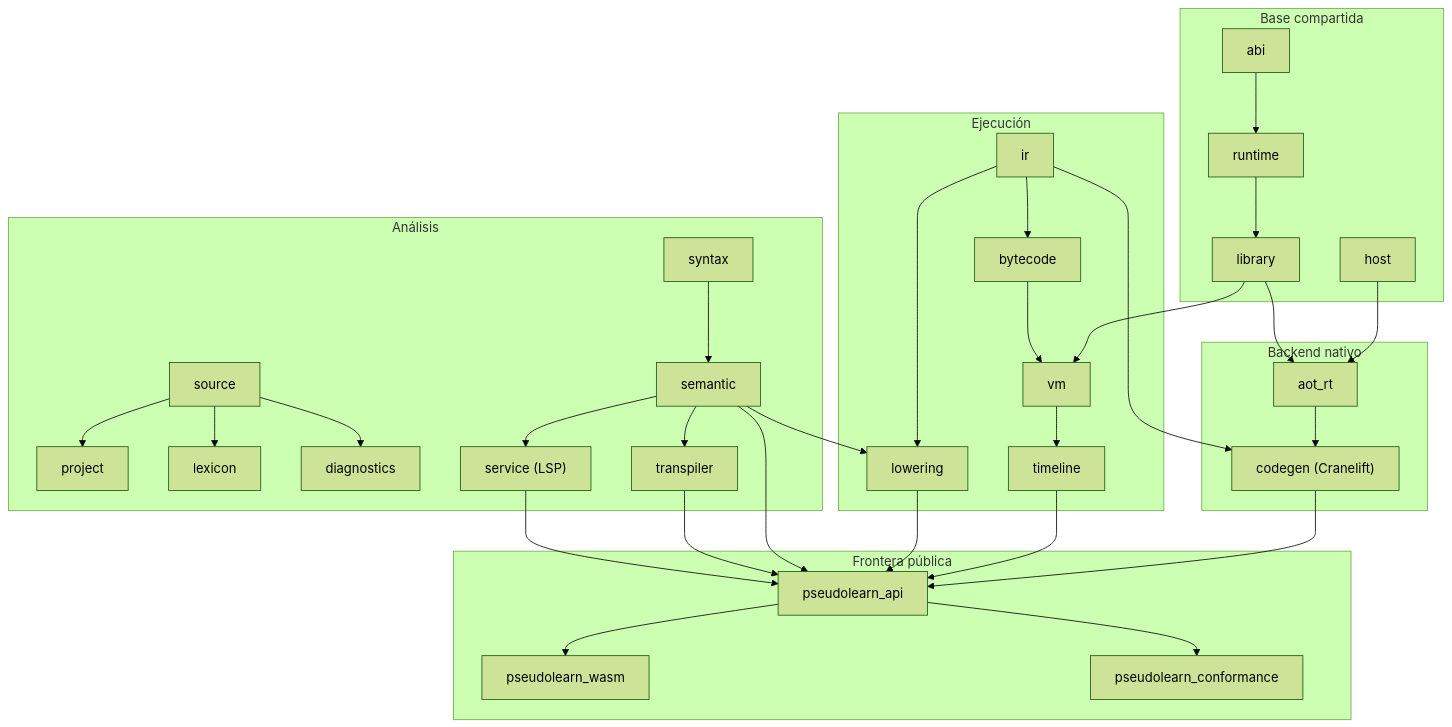
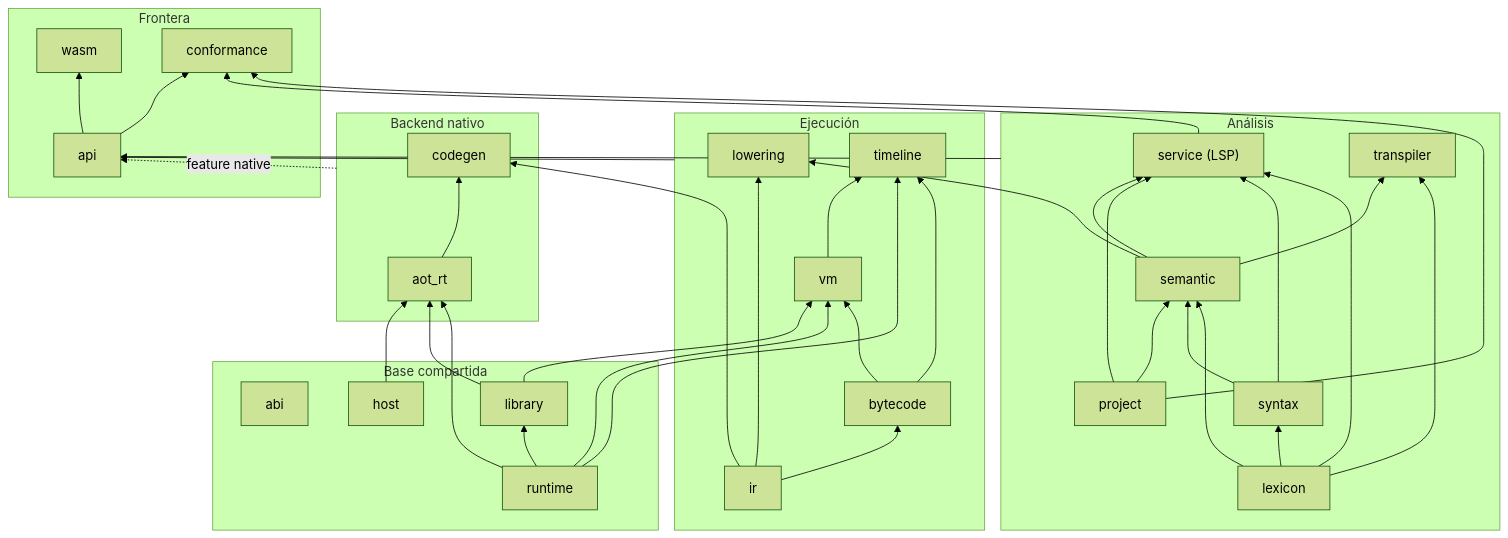
One commit to cgutieco/pseudolearn changed the second of 3 diagrams in packages/pseudolearn_engine/README.md. Above: the diagram before and after it, drawn with Mermaid (forest theme). The commit also changed other lines of this file and 29 other files, not shown here.

Commit message:
refactor(architecture): clear generated_sources and maintain deterministic output crates

````diff
--- a/packages/pseudolearn_engine/README.md
+++ b/packages/pseudolearn_engine/README.md
@@ -41,48 +49,49 @@
 ```mermaid
-flowchart TD
-    subgraph FRONT["Frontera pública"]
-        API["pseudolearn_api"]
-        WASM["pseudolearn_wasm"]
-        CONF["pseudolearn_conformance"]
+flowchart BT
+    subgraph BASE["Base compartida"]
+        ABI["abi"]
+        RT["runtime"]
+        LIB["library"]
+        HOST["host"]
     end
     subgraph ANALYSIS["Análisis"]
-        SRC["source"]
+        LEX["lexicon"]
         PRJ["project"]
-        LEX["lexicon"]
-        DIA["diagnostics"]
         SYN["syntax"]
         SEM["semantic"]
         SVC["service (LSP)"]
         TRA["transpiler"]
     end
     subgraph EXEC["Ejecución"]
+        IR["ir"]
         LOW["lowering"]
-        IR["ir"]
         BYT["bytecode"]
         VM["vm"]
         TL["timeline"]
     end
     subgraph NATIVE["Backend nativo"]
-        COD["codegen (Cranelift)"]
         AOT["aot_rt"]
+        COD["codegen"]
     end
-    subgraph BASE["Base compartida"]
-        ABI["abi"]
-        RT["runtime"]
-        LIB["library"]
-        HOST["host"]
+    subgraph FRONT["Frontera"]
+        API["api"]
+        WASM["wasm"]
+        CONF["conformance"]
     end
 
-    SVC & TRA & SEM & LOW & TL & COD --> API
-    API --> WASM
-    API --> CONF
-    SRC --> PRJ & LEX & DIA
-    SYN --> SEM
+    LEX --> SYN & SEM & SVC & TRA
+    SYN --> SEM & SVC
+    PRJ --> SEM & SVC & CONF
     SEM --> LOW & SVC & TRA
     IR --> LOW & BYT & COD
-    BYT --> VM --> TL
-    ABI --> RT --> LIB --> VM
-    LIB --> AOT
-    HOST --> AOT
+    BYT --> VM & TL
+    RT --> LIB & VM & TL & AOT
+    LIB --> VM
+    LIB & HOST --> AOT
+    VM --> TL
     AOT --> COD
+    SVC --> CONF
+    ANALYSIS & EXEC --> API
+    NATIVE -.->|" feature native "| API
+    API --> WASM & CONF
 ```
````
